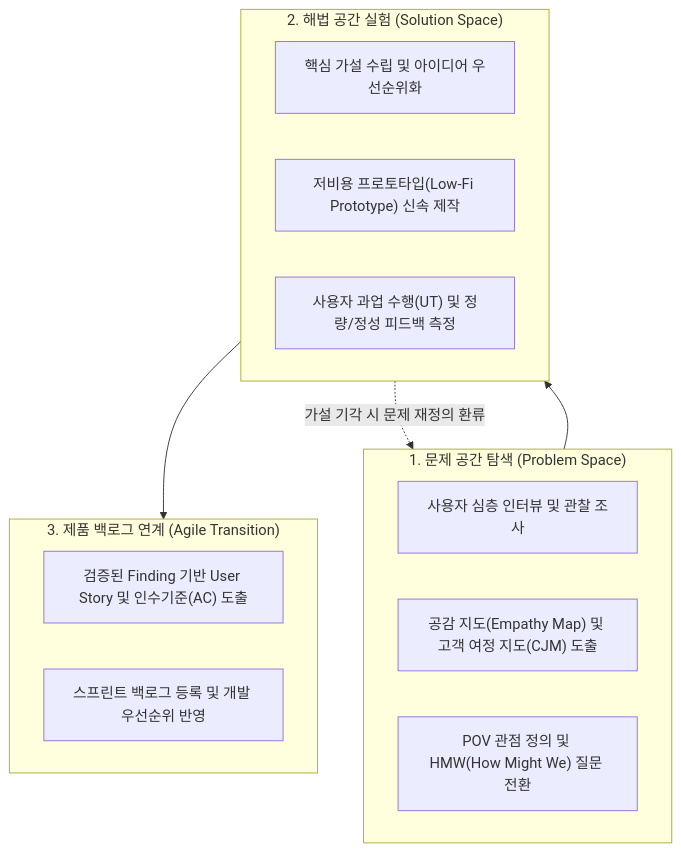
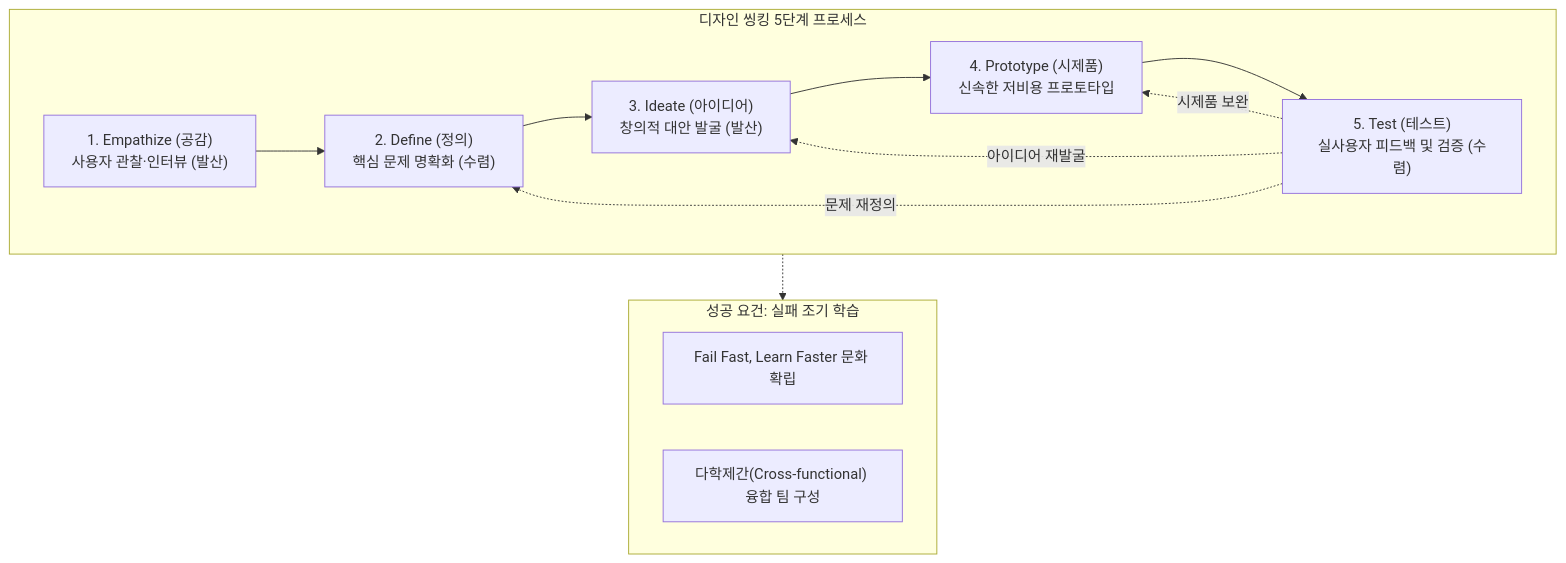
One commit to agnusdei1207/study changed the fourth of 5 diagrams in src/content/docs/notes/itpe/01-it-strategy/047_design_thinking.md. Above: the diagram before and after it, drawn with Mermaid. The commit also changed other lines of this file and 80 other files, not shown here.

````diff
--- a/src/content/docs/notes/itpe/01-it-strategy/047_design_thinking.md
+++ b/src/content/docs/notes/itpe/01-it-strategy/047_design_thinking.md
@@ -130,21 +133,20 @@
 ```mermaid
 flowchart TD
-    subgraph ProblemSpace["1. 문제 공간 탐색 (Problem Space)"]
-        P1["사용자 심층 인터뷰 및 관찰 조사"]
-        P2["공감 지도(Empathy Map) 및 고객 여정 지도(CJM) 도출"]
-        P3["POV 관점 정의 및 HMW(How Might We) 질문 전환"]
+    subgraph DoubleDiamond["디자인 씽킹 5단계 프로세스"]
+        E["1. Empathize (공감)<br/>사용자 관찰·인터뷰 (발산)"]
+        D["2. Define (정의)<br/>핵심 문제 명확화 (수렴)"]
+        I["3. Ideate (아이디어)<br/>창의적 대안 발굴 (발산)"]
+        P["4. Prototype (시제품)<br/>신속한 저비용 프로토타입"]
+        T["5. Test (테스트)<br/>실사용자 피드백 및 검증 (수렴)"]
+
+        E --> D --> I --> P --> T
+        T -.->|문제 재정의| D
+        T -.->|아이디어 재발굴| I
+        T -.->|시제품 보완| P
     end
-    subgraph SolutionSpace["2. 해법 공간 실험 (Solution Space)"]
-        S1["핵심 가설 수립 및 아이디어 우선순위화"]
-        S2["저비용 프로토타입(Low-Fi Prototype) 신속 제작"]
-        S3["사용자 과업 수행(UT) 및 정량/정성 피드백 측정"]
+    subgraph Culture["성공 요건: 실패 조기 학습"]
+        C1["Fail Fast, Learn Faster 문화 확립"]
+        C2["다학제간(Cross-functional) 융합 팀 구성"]
     end
-    subgraph Agile["3. 제품 백로그 연계 (Agile Transition)"]
-        A1["검증된 Finding 기반 User Story 및 인수기준(AC) 도출"]
-        A2["스프린트 백로그 등록 및 개발 우선순위 반영"]
-    end
-
-    ProblemSpace --> SolutionSpace
-    SolutionSpace --> Agile
-    SolutionSpace -.->|가설 기각 시 문제 재정의 환류| ProblemSpace
+    DoubleDiamond -.-> Culture
 ```
````
